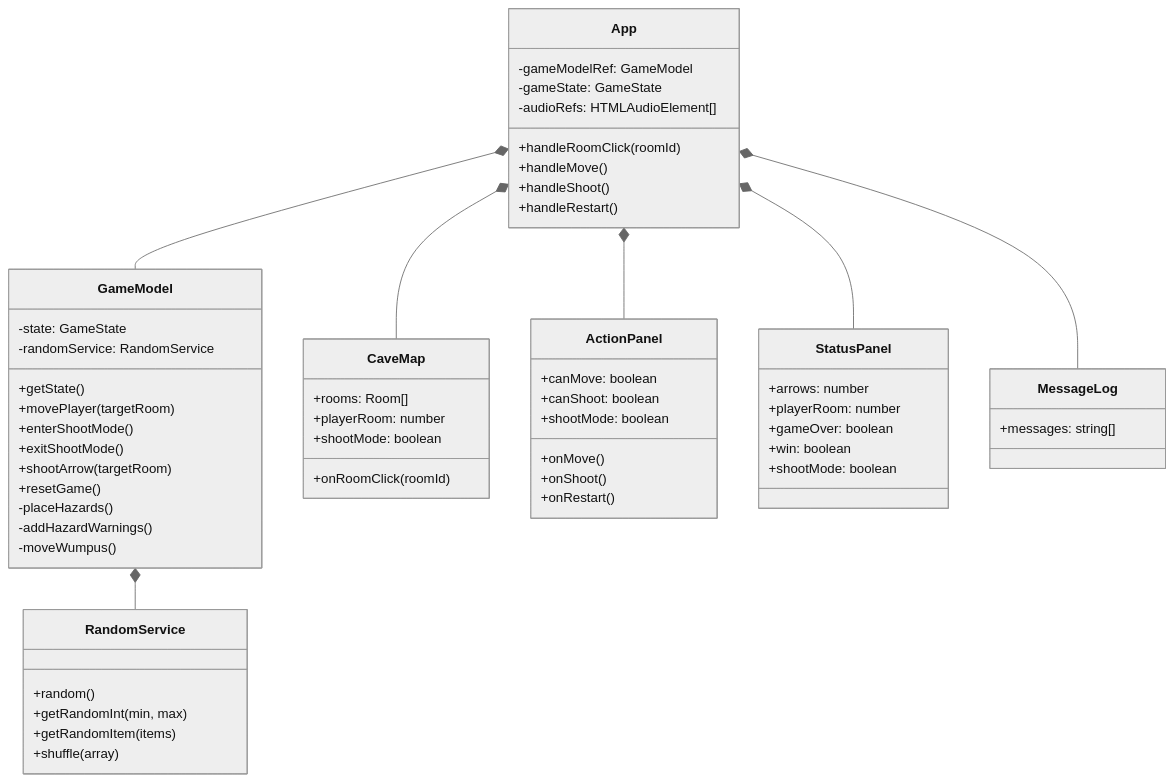
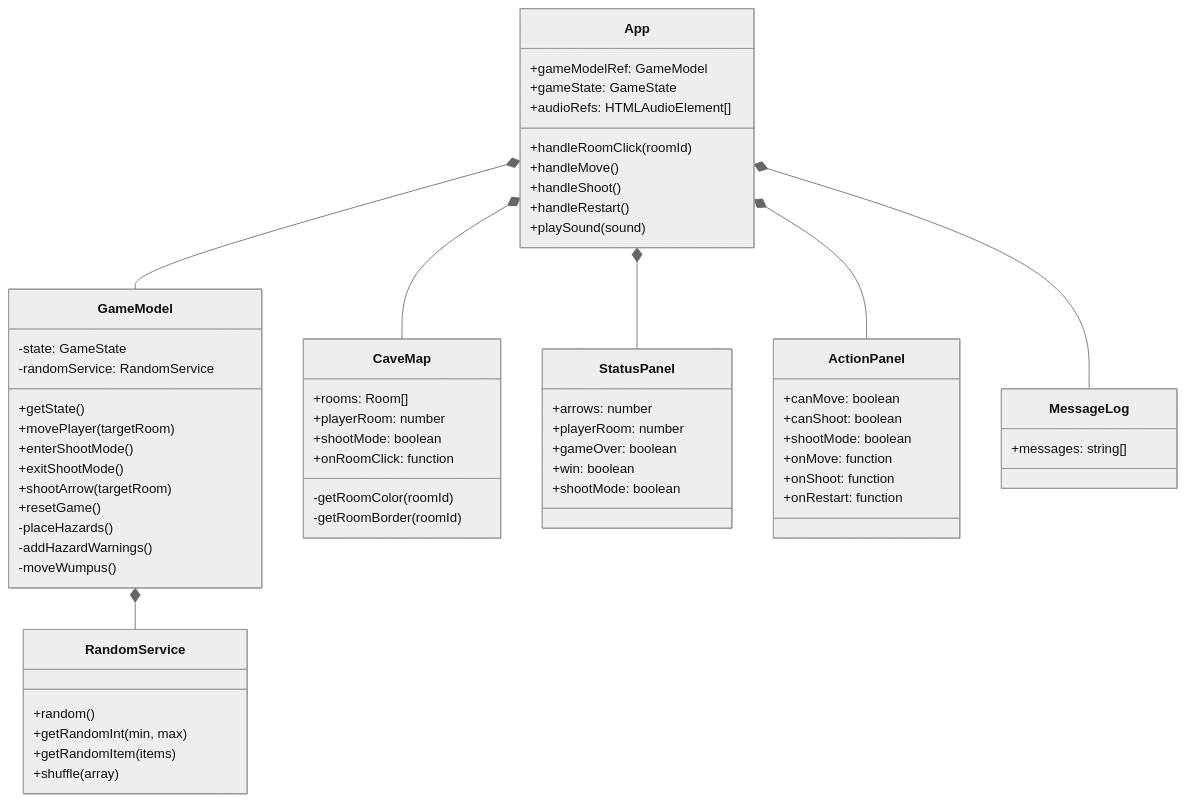
The third of 6 diagrams in doc/SPECIFICATION.md (rpurser47/wumpus), drawn with Mermaid (neutral theme) before and after one commit. The commit also changed other lines of this file, not shown here.

Commit message:
Add comprehensive SPECIFICATION.md with game architecture and implementation details

````diff
--- a/doc/SPECIFICATION.md
+++ b/doc/SPECIFICATION.md
@@ -188,68 +165,71 @@
 ```mermaid
 classDiagram
     class App {
-        -gameModelRef: GameModel
-        -gameState: GameState
-        -audioRefs: HTMLAudioElement[]
+        +gameModelRef: GameModel
+        +gameState: GameState
+        +audioRefs: HTMLAudioElement[]
         +handleRoomClick(roomId)
         +handleMove()
         +handleShoot()
         +handleRestart()
+        +playSound(sound)
     }
 
     class GameModel {
         -state: GameState
         -randomService: RandomService
         +getState()
         +movePlayer(targetRoom)
         +enterShootMode()
         +exitShootMode()
         +shootArrow(targetRoom)
         +resetGame()
         -placeHazards()
         -addHazardWarnings()
         -moveWumpus()
     }
 
     class RandomService {
         +random()
         +getRandomInt(min, max)
         +getRandomItem(items)
         +shuffle(array)
     }
 
     class CaveMap {
         +rooms: Room[]
         +playerRoom: number
         +shootMode: boolean
-        +onRoomClick(roomId)
-    }
-
-    class ActionPanel {
-        +canMove: boolean
-        +canShoot: boolean
-        +shootMode: boolean
-        +onMove()
-        +onShoot()
-        +onRestart()
+        +onRoomClick: function
+        -getRoomColor(roomId)
+        -getRoomBorder(roomId)
     }
 
     class StatusPanel {
         +arrows: number
         +playerRoom: number
         +gameOver: boolean
         +win: boolean
         +shootMode: boolean
     }
 
+    class ActionPanel {
+        +canMove: boolean
+        +canShoot: boolean
+        +shootMode: boolean
+        +onMove: function
+        +onShoot: function
+        +onRestart: function
+    }
+
     class MessageLog {
         +messages: string[]
     }
 
     App *-- GameModel
     App *-- CaveMap
+    App *-- StatusPanel
     App *-- ActionPanel
-    App *-- StatusPanel
     App *-- MessageLog
     GameModel *-- RandomService
 ```
````
